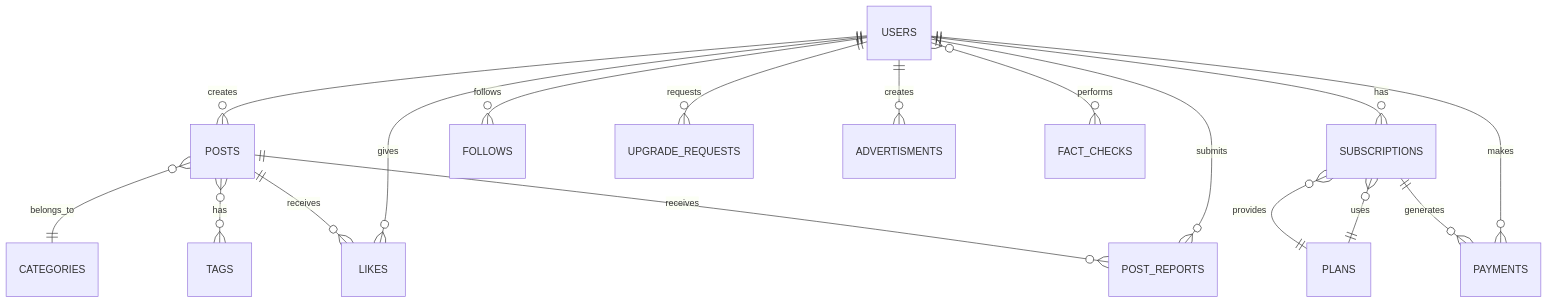
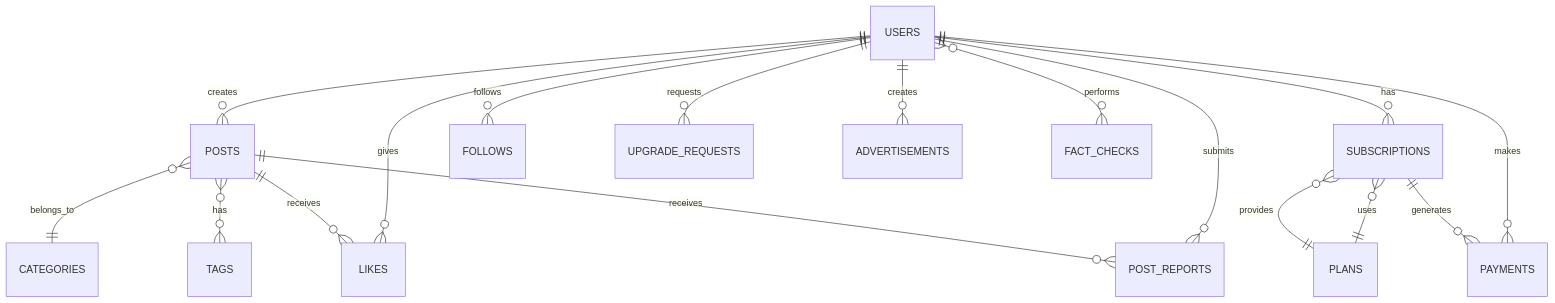
Before and after one commit to menaemg/Mudakkik: the diagram in docs/DATABASE_SCHEMA.md, drawn with Mermaid. The commit also changed other lines of this file and 4 other files, not shown here.

````diff
--- a/docs/DATABASE_SCHEMA.md
+++ b/docs/DATABASE_SCHEMA.md
@@ -9,22 +9,22 @@
 ```mermaid
 erDiagram
     USERS ||--o{ POSTS : creates
     USERS ||--o{ SUBSCRIPTIONS : has
     USERS ||--o{ PAYMENTS : makes
     USERS ||--o{ LIKES : gives
     USERS ||--o{ FOLLOWS : follows
     USERS ||--o{ POST_REPORTS : submits
     USERS ||--o{ UPGRADE_REQUESTS : requests
-    USERS ||--o{ ADVERTISMENTS : creates
+    USERS ||--o{ ADVERTISEMENTS : creates
     USERS }o--o{ FACT_CHECKS : performs
     
     POSTS ||--o{ LIKES : receives
     POSTS ||--o{ POST_REPORTS : receives
     POSTS }o--|| CATEGORIES : belongs_to
     POSTS }o--o{ TAGS : has
     
     SUBSCRIPTIONS }o--|| PLANS : uses
     SUBSCRIPTIONS ||--o{ PAYMENTS : generates
     
     PLANS ||--o{ SUBSCRIPTIONS : provides
 ```
````
